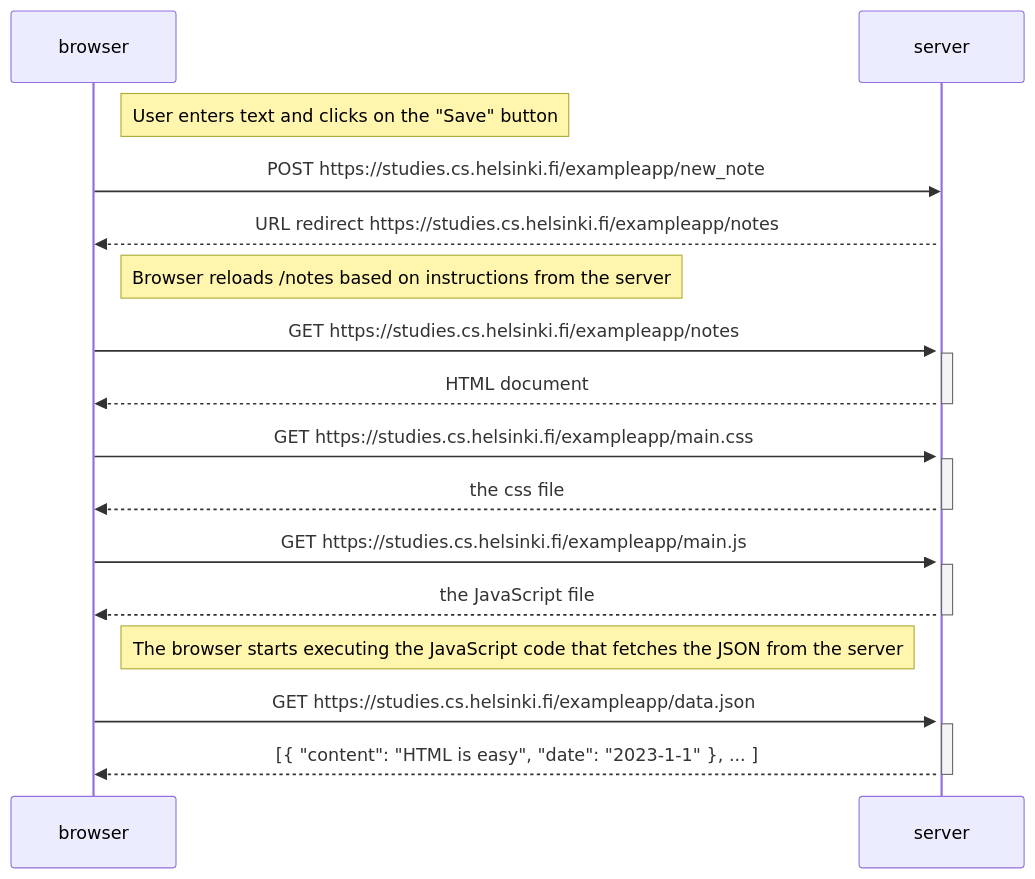
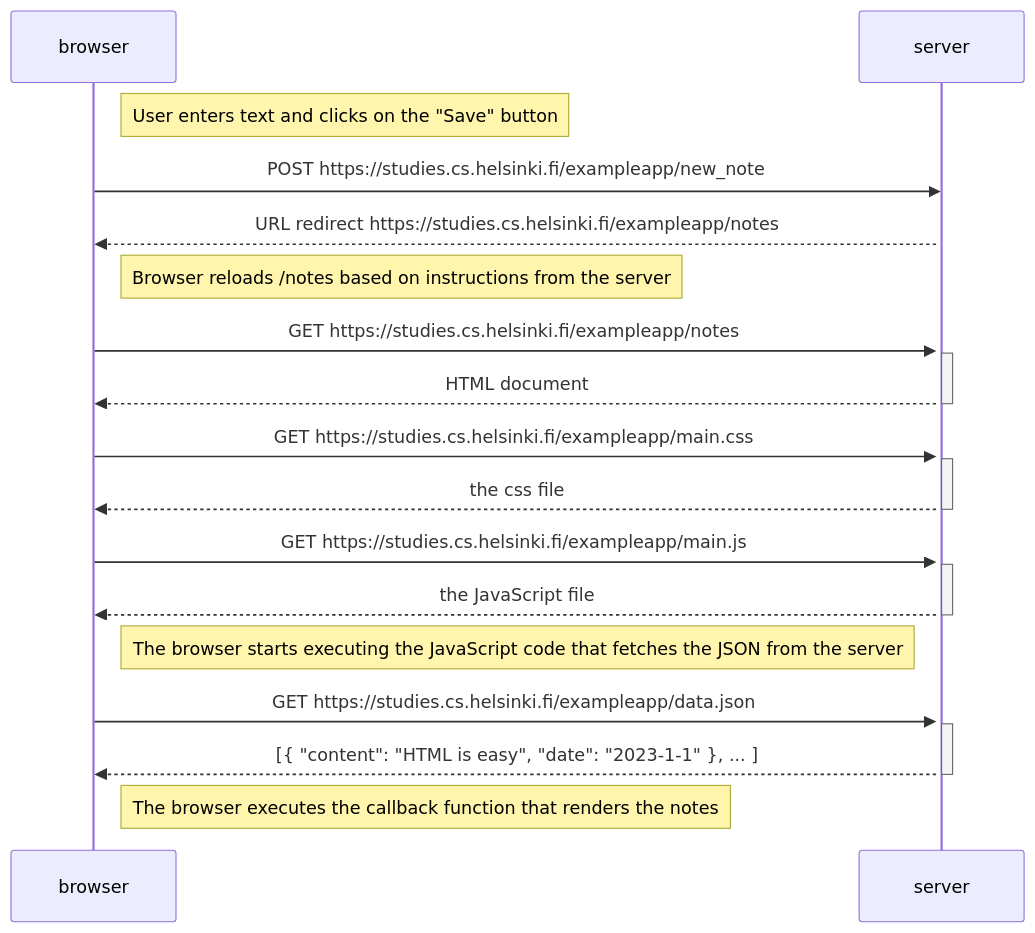
The diagram in part 0/ex_0.4.md (kayweeee/aalto-fullstack-open), drawn with Mermaid before and after one commit.

Commit message:
fix: final ex0.4

````diff
--- a/part 0/ex_0.4.md
+++ b/part 0/ex_0.4.md
@@ -1,35 +1,37 @@
 ```mermaid
-sequenceDiagram;
-participant browser;
-participant server;
+sequenceDiagram
+participant browser
+participant server
 
     Note right of browser: User enters text and clicks on the "Save" button
 
     browser->>server: POST https://studies.cs.helsinki.fi/exampleapp/new_note
     activate server
     server-->>browser: URL redirect https://studies.cs.helsinki.fi/exampleapp/notes
 
     Note right of browser: Browser reloads /notes based on instructions from the server
 
     browser->>server: GET https://studies.cs.helsinki.fi/exampleapp/notes
     activate server
     server-->>browser: HTML document
     deactivate server
 
     browser->>server: GET https://studies.cs.helsinki.fi/exampleapp/main.css
     activate server
     server-->>browser: the css file
     deactivate server
 
     browser->>server: GET https://studies.cs.helsinki.fi/exampleapp/main.js
     activate server
     server-->>browser: the JavaScript file
     deactivate server
 
     Note right of browser: The browser starts executing the JavaScript code that fetches the JSON from the server
 
     browser->>server: GET https://studies.cs.helsinki.fi/exampleapp/data.json
     activate server
     server-->>browser: [{ "content": "HTML is easy", "date": "2023-1-1" }, ... ]
     deactivate server
+
+    Note right of browser: The browser executes the callback function that renders the notes
 ```
````
